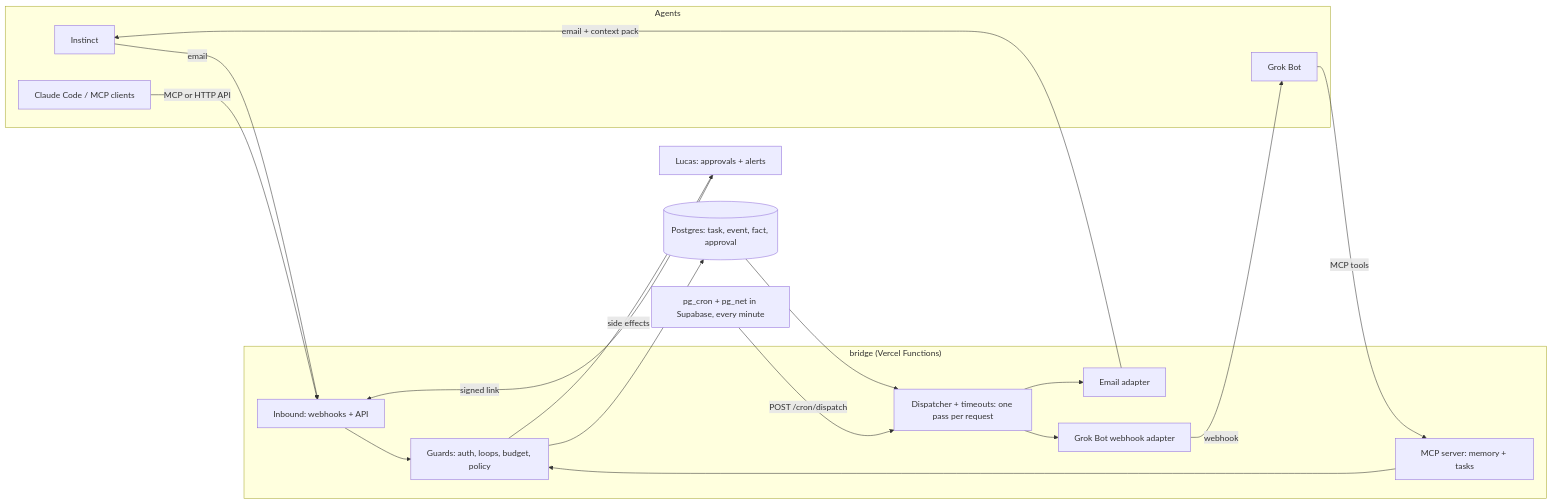
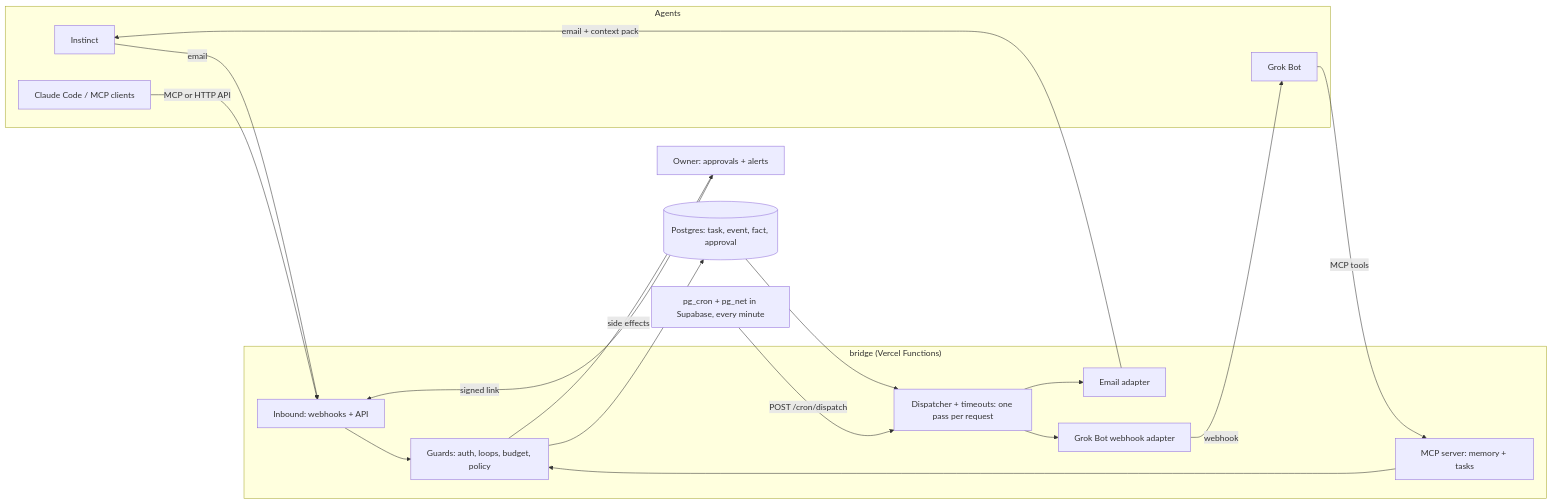
Before and after one commit to LucasLeguizamo/agent-bridge: the diagram in PRD.md, drawn with Mermaid. The commit also changed other lines of this file and 22 other files, not shown here.

````diff
--- a/PRD.md
+++ b/PRD.md
@@ -99,30 +99,30 @@
 ```mermaid
 flowchart LR
   subgraph Agents
     I[Instinct]
     G[Grok Bot]
     C[Claude Code / MCP clients]
   end
   subgraph Bridge["bridge (Vercel Functions)"]
     IN[Inbound: webhooks + API]
     GUARD[Guards: auth, loops, budget, policy]
     W[Dispatcher + timeouts: one pass per request]
     A1[Email adapter]
     A2[Grok Bot webhook adapter]
     MCP[MCP server: memory + tasks]
   end
   DB[(Postgres: task, event, fact, approval)]
-  H[Lucas: approvals + alerts]
+  H[Owner: approvals + alerts]
   CRON[pg_cron + pg_net in Supabase, every minute]
 
   I -- email --> IN
   G -- MCP tools --> MCP --> GUARD
   C -- MCP or HTTP API --> IN
   IN --> GUARD --> DB
   DB --> W
   CRON -- POST /cron/dispatch --> W
   W --> A1 -- email + context pack --> I
   W --> A2 -- webhook --> G
   GUARD -- side effects --> H
   H -- signed link --> IN
 ```
````
